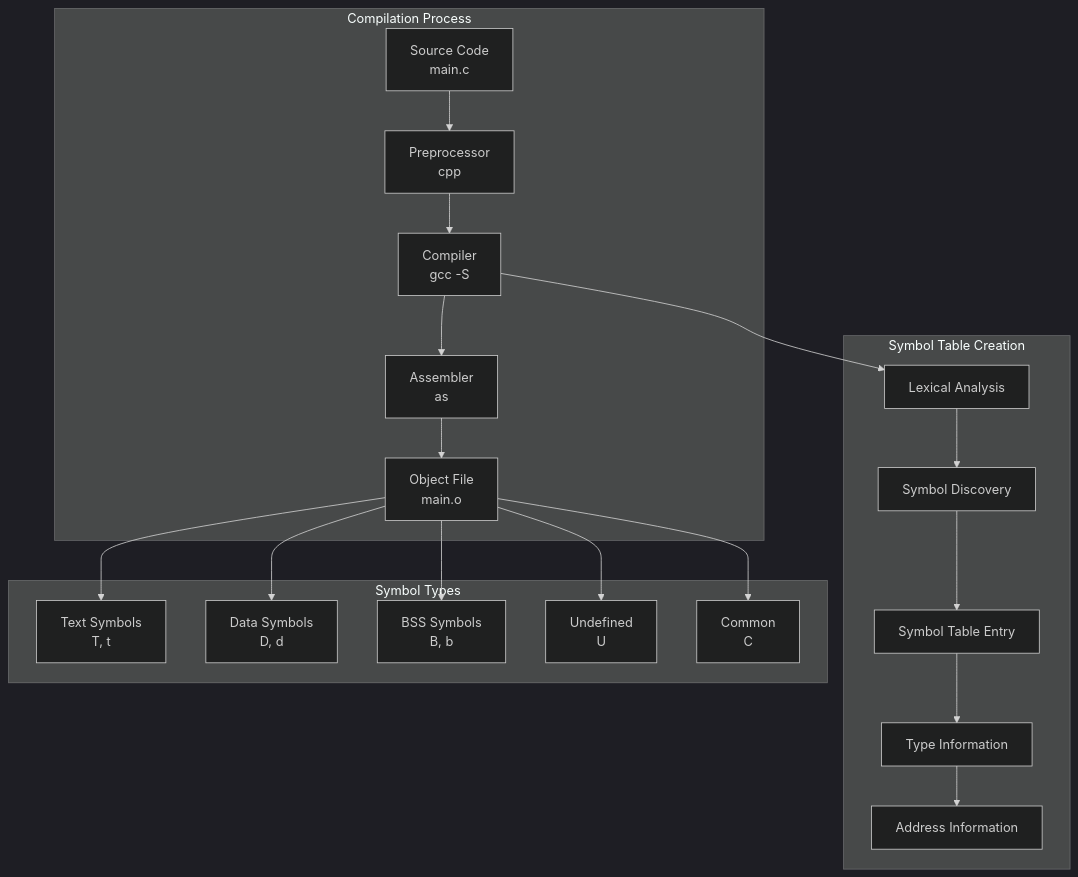
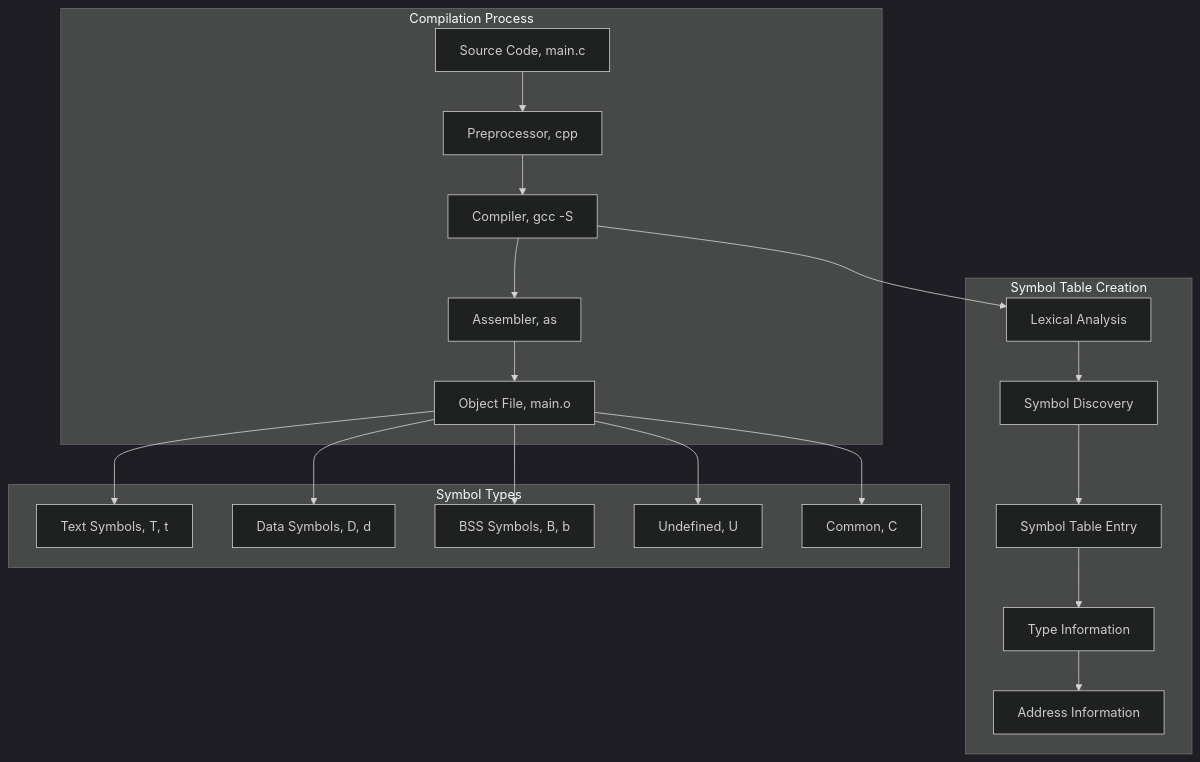
Before and after one commit to choru-k/choru-wiki: the diagram in docs/cs/compilation/symbol-table.md, drawn with Mermaid (dark theme). The commit also changed other lines of this file and 5 other files, not shown here.

````diff
--- a/docs/cs/compilation/symbol-table.md
+++ b/docs/cs/compilation/symbol-table.md
@@ -28,31 +28,31 @@
 ```mermaid
 graph TB
     subgraph "Compilation Process"
-        A[Source Code<br/>main.c] --> B[Preprocessor<br/>cpp]
-        B --> C[Compiler<br/>gcc -S]
-        C --> D[Assembler<br/>as]
-        D --> E[Object File<br/>main.o]
+        A[Source Code, main.c] --> B[Preprocessor, cpp]
+        B --> C[Compiler, gcc -S]
+        C --> D[Assembler, as]
+        D --> E[Object File, main.o]
     end
     
     subgraph "Symbol Table Creation"
         F[Lexical Analysis] --> G[Symbol Discovery]
         G --> H[Symbol Table Entry]
         H --> I[Type Information]
         I --> J[Address Information]
     end
     
     subgraph "Symbol Types"
-        K[Text Symbols<br/>T, t]
-        L[Data Symbols<br/>D, d] 
-        M[BSS Symbols<br/>B, b]
-        N[Undefined<br/>U]
-        O[Common<br/>C]
+        K[Text Symbols, T, t]
+        L[Data Symbols, D, d] 
+        M[BSS Symbols, B, b]
+        N[Undefined, U]
+        O[Common, C]
     end
     
     C --> F
     E --> K
     E --> L
     E --> M
     E --> N
     E --> O
 ```
````
